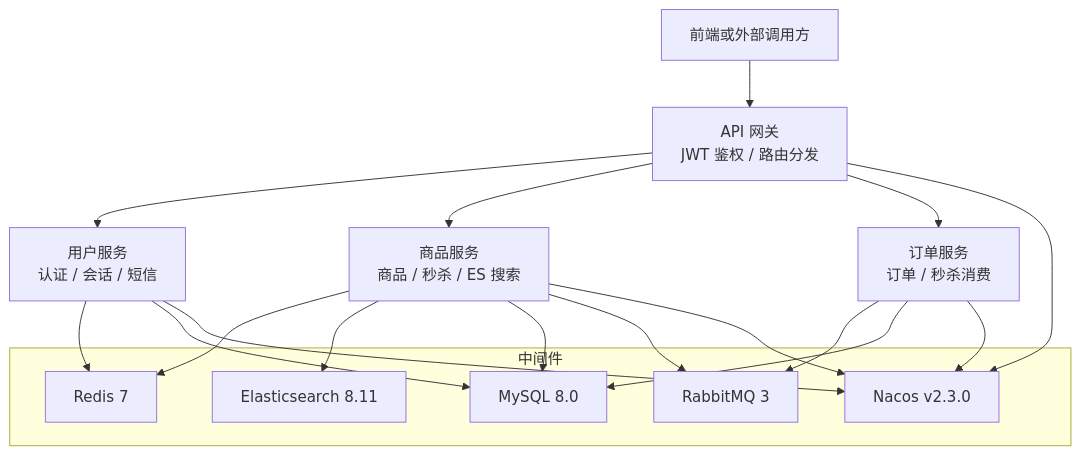
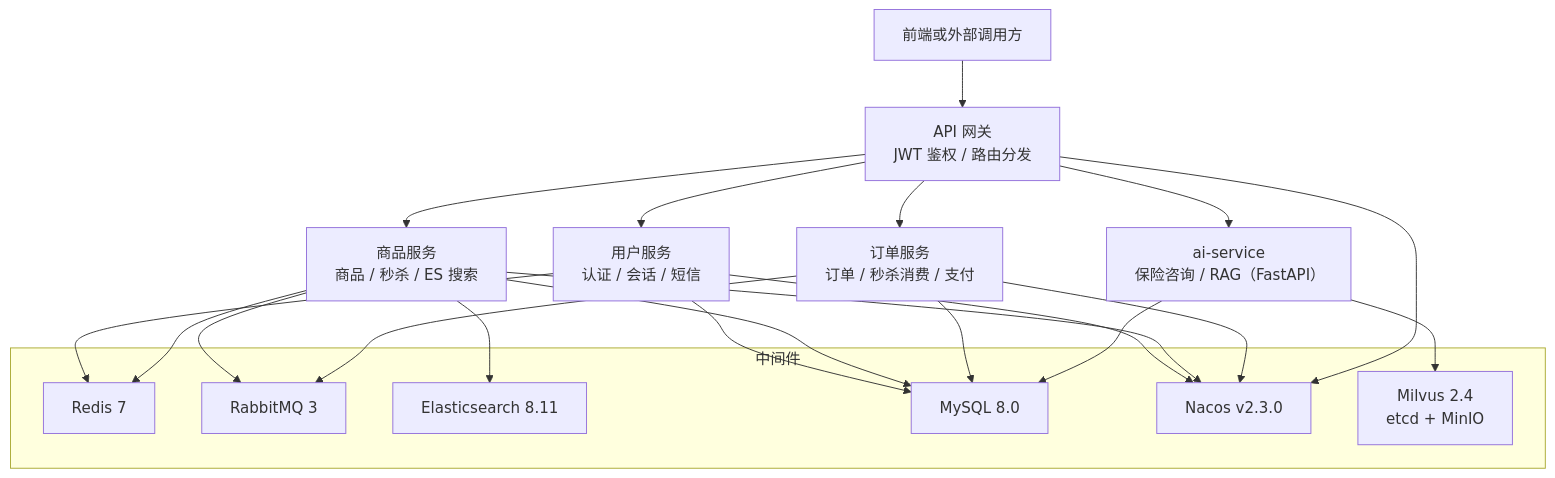
The first of 11 diagrams in .qoder/repowiki/zh/content/中间件集成/中间件集成.md (haohailiang/qoder-fullstack), drawn with Mermaid before and after one commit. The commit also changed other lines of this file and 33 other files, not shown here.

````diff
--- a/.qoder/repowiki/zh/content/中间件集成/中间件集成.md
+++ b/.qoder/repowiki/zh/content/中间件集成/中间件集成.md
@@ -44,26 +51,30 @@
 ```mermaid
 graph TB
 Client["前端或外部调用方"] --> Gateway["API 网关<br/>JWT 鉴权 / 路由分发"]
 Gateway --> UserSvc["用户服务<br/>认证 / 会话 / 短信"]
 Gateway --> ProductSvc["商品服务<br/>商品 / 秒杀 / ES 搜索"]
-Gateway --> OrderSvc["订单服务<br/>订单 / 秒杀消费"]
+Gateway --> OrderSvc["订单服务<br/>订单 / 秒杀消费 / 支付"]
+Gateway --> AiSvc["ai-service<br/>保险咨询 / RAG（FastAPI）"]
 subgraph "中间件"
 Redis["Redis 7"]
 MQ["RabbitMQ 3"]
 ES["Elasticsearch 8.11"]
 DB["MySQL 8.0"]
 Nacos["Nacos v2.3.0"]
+Milvus["Milvus 2.4<br/>etcd + MinIO"]
 end
 UserSvc --> Redis
 UserSvc --> DB
 ProductSvc --> Redis
 ProductSvc --> ES
 ProductSvc --> DB
 ProductSvc --> MQ
 OrderSvc --> MQ
 OrderSvc --> DB
 UserSvc --> Nacos
 ProductSvc --> Nacos
 OrderSvc --> Nacos
 Gateway --> Nacos
+AiSvc --> Milvus
+AiSvc --> DB
 ```
````
